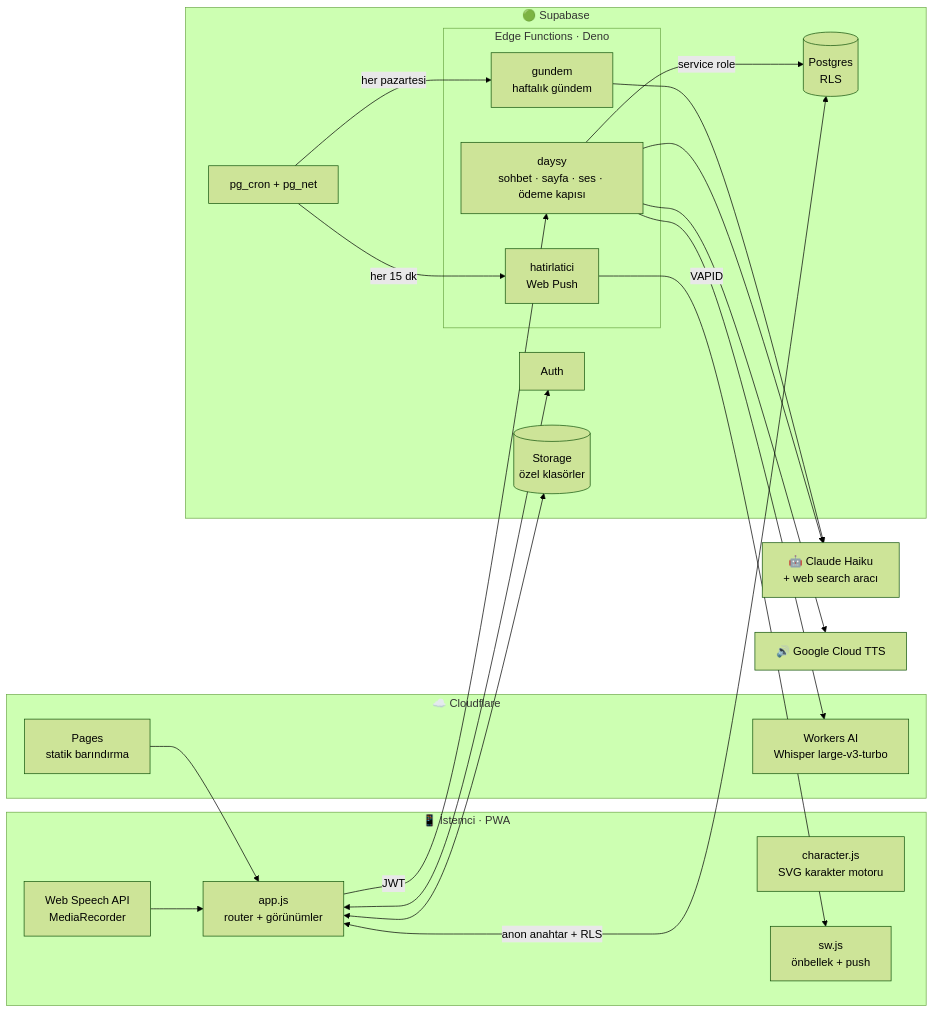
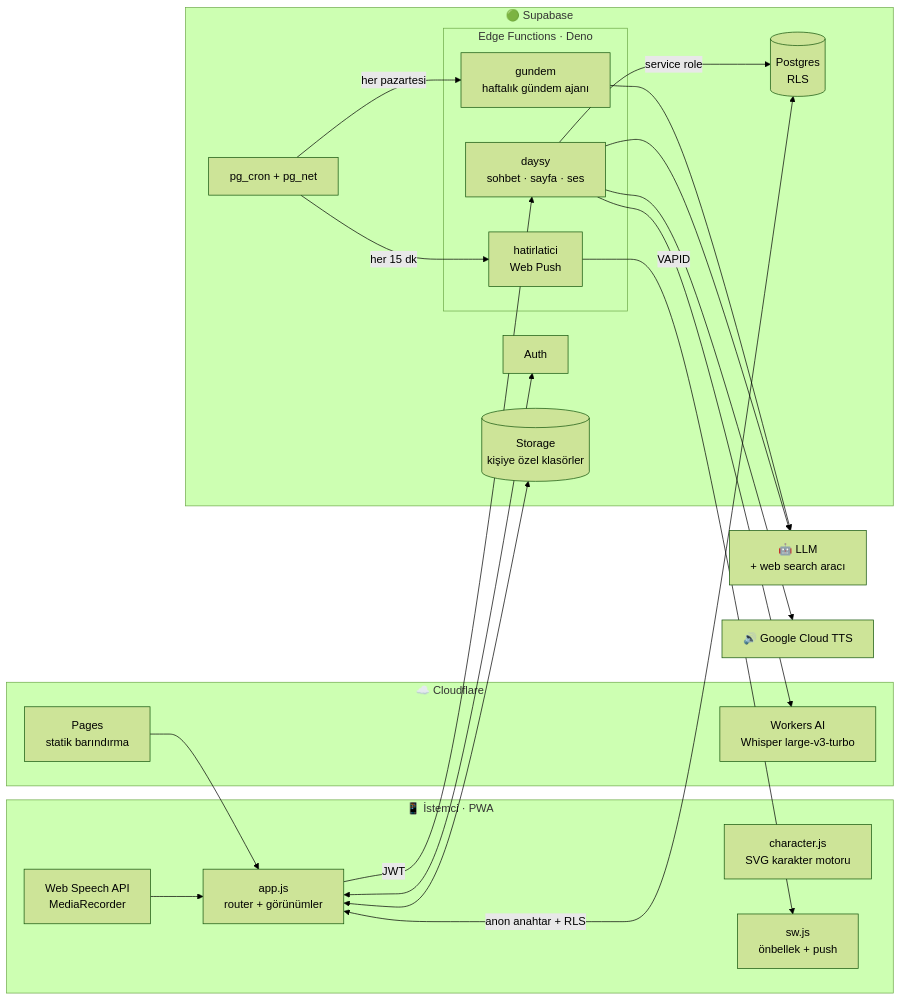
Before and after one commit to aleynatombas/Daysayday: the first of 2 diagrams in README.md, drawn with Mermaid (forest theme). The commit also changed other lines of this file and 9 other files, not shown here.

````diff
--- a/README.md
+++ b/README.md
@@ -67,44 +71,44 @@
 ```mermaid
 flowchart LR
     subgraph Istemci["📱 İstemci · PWA"]
         UI["app.js<br/>router + görünümler"]
         CH["character.js<br/>SVG karakter motoru"]
         SW["sw.js<br/>önbellek + push"]
         MIC["Web Speech API<br/>MediaRecorder"]
     end
 
     subgraph CF["☁️ Cloudflare"]
         PAGES["Pages<br/>statik barındırma"]
         WAI["Workers AI<br/>Whisper large-v3-turbo"]
     end
 
     subgraph SB["🟢 Supabase"]
         AUTH["Auth"]
         PG[("Postgres<br/>RLS")]
-        ST[("Storage<br/>özel klasörler")]
+        ST[("Storage<br/>kişiye özel klasörler")]
         CRON["pg_cron + pg_net"]
         subgraph EF["Edge Functions · Deno"]
-            DAYSY["daysy<br/>sohbet · sayfa · ses · ödeme kapısı"]
+            DAYSY["daysy<br/>sohbet · sayfa · ses"]
             HAT["hatirlatici<br/>Web Push"]
-            GUN["gundem<br/>haftalık gündem"]
+            GUN["gundem<br/>haftalık gündem ajanı"]
         end
     end
 
-    LLM["🤖 Claude Haiku<br/>+ web search aracı"]
+    LLM["🤖 LLM<br/>+ web search aracı"]
     TTS["🔊 Google Cloud TTS"]
 
     PAGES --> UI
     UI <--> AUTH
     UI <-->|"anon anahtar + RLS"| PG
     UI <--> ST
     UI -->|JWT| DAYSY
     MIC --> UI
     DAYSY --> LLM
     DAYSY --> WAI
     DAYSY --> TTS
     DAYSY -->|service role| PG
     CRON -->|"her 15 dk"| HAT
     CRON -->|"her pazartesi"| GUN
     GUN --> LLM
     HAT -->|VAPID| SW
 ```
````
